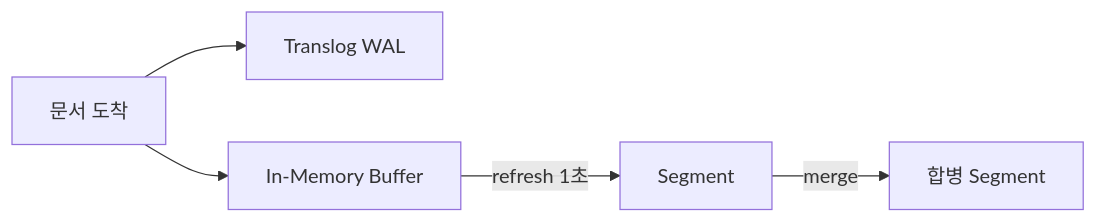
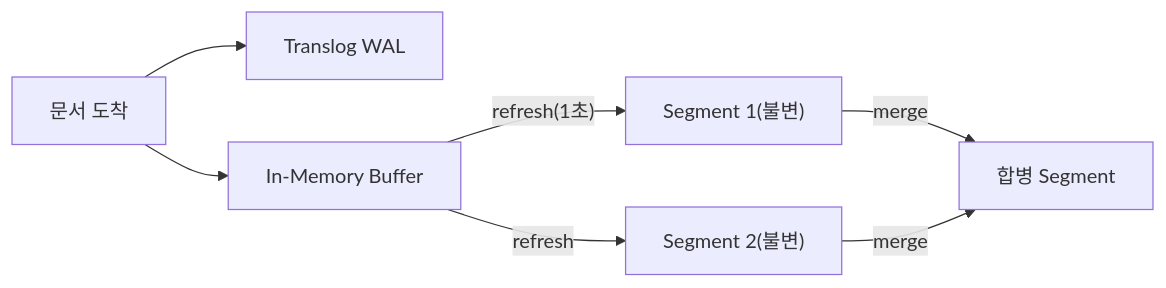
Before and after one commit to yjkim2015/yjkim2015.github.io: the second of 6 diagrams in _posts/nosql/2026-05-03-elasticsearch-deep.md, drawn with Mermaid. The commit also changed other lines of this file and 4 other files, not shown here.

````diff
--- a/_posts/nosql/2026-05-03-elasticsearch-deep.md
+++ b/_posts/nosql/2026-05-03-elasticsearch-deep.md
@@ -64,7 +83,9 @@
 ```mermaid
 graph LR
-    DOC["문서 도착"] --> TL["Translog WAL"]
+    DOC["문서 도착"] --> WAL["Translog WAL"]
     DOC --> BUF["In-Memory Buffer"]
-    BUF -->|"refresh 1초"| SEG["Segment"]
-    SEG -->|"merge"| MSEG["합병 Segment"]
+    BUF -->|"refresh(1초)"| SEG1["Segment 1(불변)"]
+    BUF -->|"refresh"| SEG2["Segment 2(불변)"]
+    SEG1 -->|"merge"| MSEG["합병 Segment"]
+    SEG2 -->|"merge"| MSEG
 ```
````
